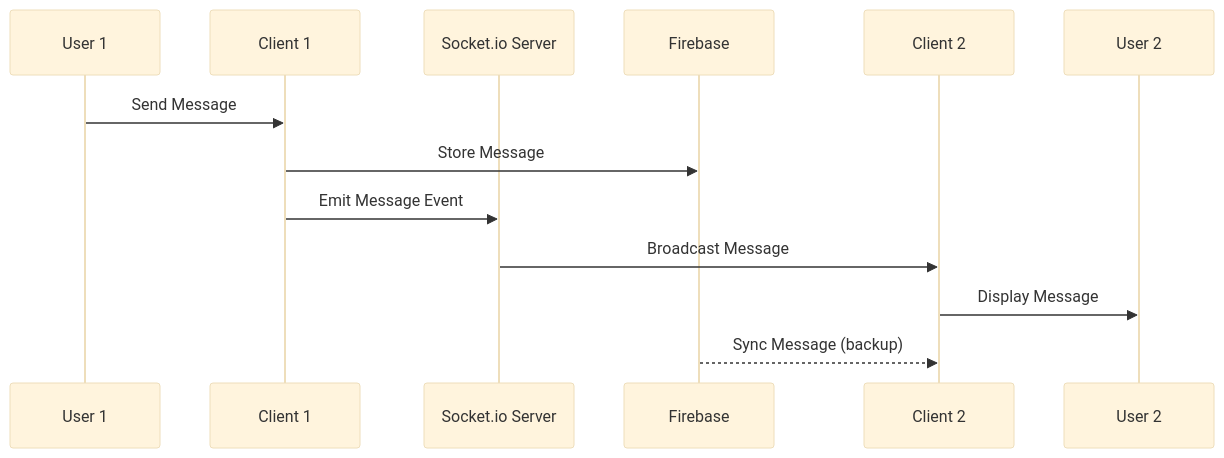
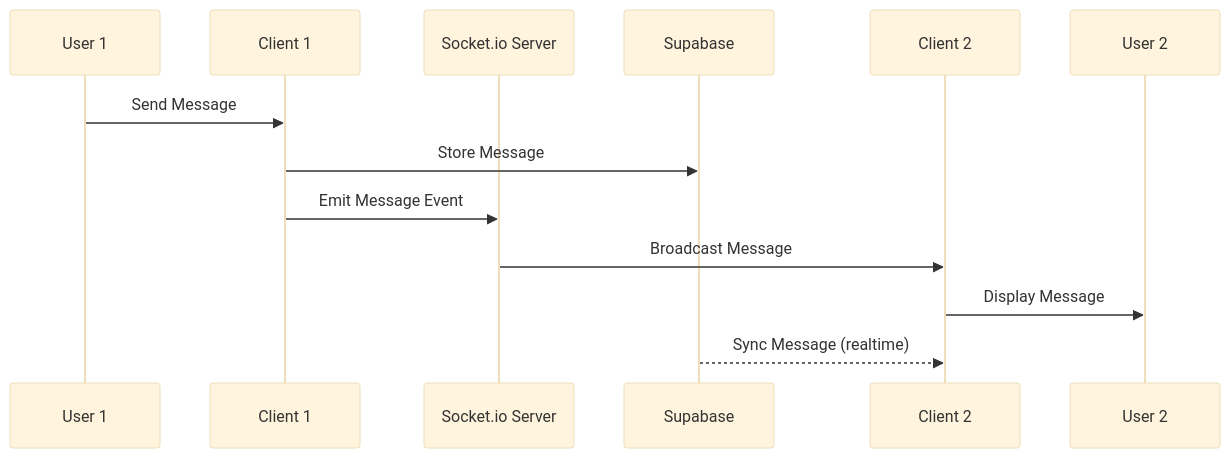
The second of 2 diagrams in .kiro/specs/chat-app-with-ai/design.md (Devendra-Pudi/AIChatBook), drawn with Mermaid (base theme) before and after one commit. The commit also changed other lines of this file and 46 other files, not shown here.

````diff
--- a/.kiro/specs/chat-app-with-ai/design.md
+++ b/.kiro/specs/chat-app-with-ai/design.md
@@ -70,16 +70,16 @@
 ```mermaid
 sequenceDiagram
     participant U1 as User 1
     participant C1 as Client 1
     participant S as Socket.io Server
-    participant F as Firebase
+    participant SB as Supabase
     participant C2 as Client 2
     participant U2 as User 2
     
     U1->>C1: Send Message
-    C1->>F: Store Message
+    C1->>SB: Store Message
     C1->>S: Emit Message Event
     S->>C2: Broadcast Message
     C2->>U2: Display Message
-    F-->>C2: Sync Message (backup)
+    SB-->>C2: Sync Message (realtime)
 ```
````
